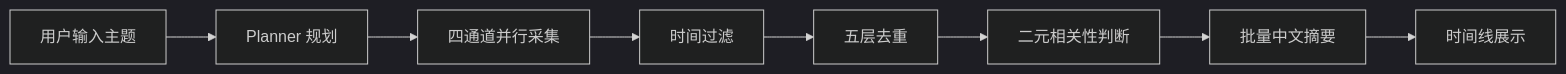
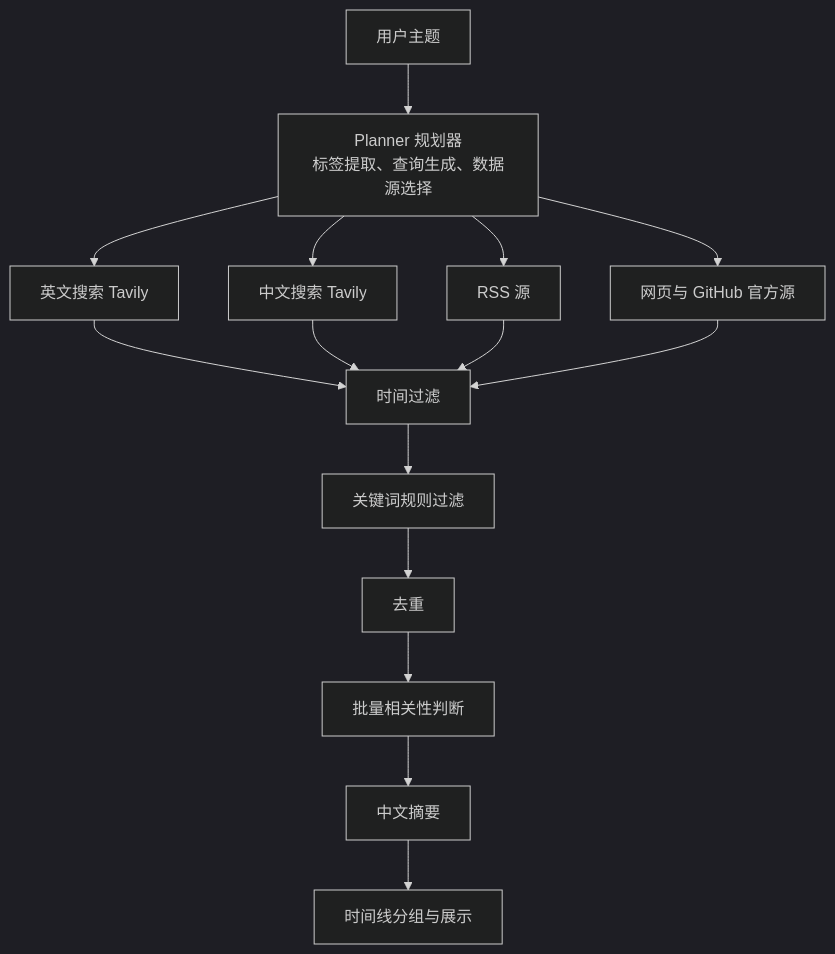
The diagram in README.md (acd2113/monitor-agent), drawn with Mermaid (dark theme) before and after one commit. The commit also changed other lines of this file and 5 other files, not shown here.

````diff
--- a/README.md
+++ b/README.md
@@ -24,10 +56,17 @@
 ```mermaid
-flowchart LR
-    A[用户输入主题] --> B[Planner 规划]
-    B --> C[四通道并行采集]
-    C --> D[时间过滤]
-    D --> E[五层去重]
-    E --> F[二元相关性判断]
-    F --> G[批量中文摘要]
-    G --> H[时间线展示]
+flowchart TD
+    A["用户主题"] --> B["Planner 规划器<br/>标签提取、查询生成、数据源选择"]
+    B --> C1["英文搜索 Tavily"]
+    B --> C2["中文搜索 Tavily"]
+    B --> C3["RSS 源"]
+    B --> C4["网页与 GitHub 官方源"]
+    C1 --> D["时间过滤"]
+    C2 --> D
+    C3 --> D
+    C4 --> D
+    D --> E["关键词规则过滤"]
+    E --> F["去重"]
+    F --> G["批量相关性判断"]
+    G --> H["中文摘要"]
+    H --> I["时间线分组与展示"]
 ```
````
